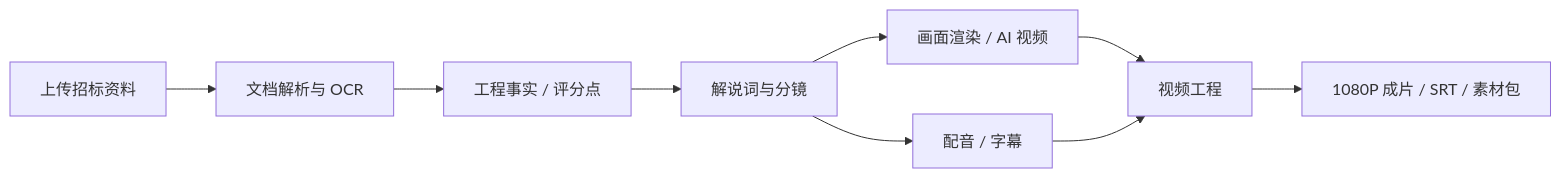
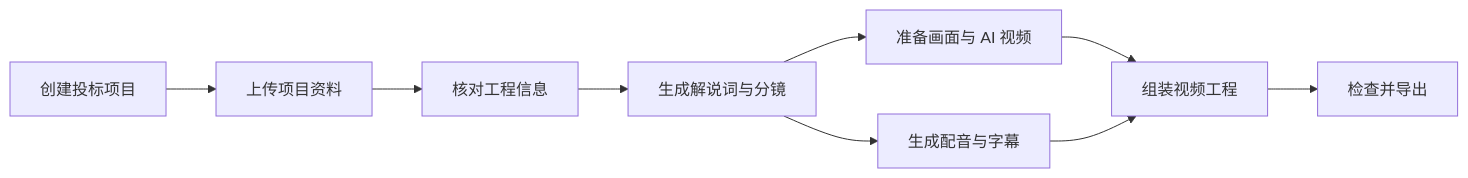
Before and after one commit to Zicaibucai/fastvideo: the diagram in README.md, drawn with Mermaid. The commit also changed other lines of this file and 1 other file, not shown here.

````diff
--- a/README.md
+++ b/README.md
@@ -75,11 +46,11 @@
 ```mermaid
 flowchart LR
-    A[上传招标资料] --> B[文档解析与 OCR]
-    B --> C[工程事实 / 评分点]
-    C --> D[解说词与分镜]
-    D --> E[画面渲染 / AI 视频]
-    D --> F[配音 / 字幕]
-    E --> G[视频工程]
+    A[创建投标项目] --> B[上传项目资料]
+    B --> C[核对工程信息]
+    C --> D[生成解说词与分镜]
+    D --> E[准备画面与 AI 视频]
+    D --> F[生成配音与字幕]
+    E --> G[组装视频工程]
     F --> G
-    G --> H[1080P 成片 / SRT / 素材包]
+    G --> H[检查并导出]
 ```
````
